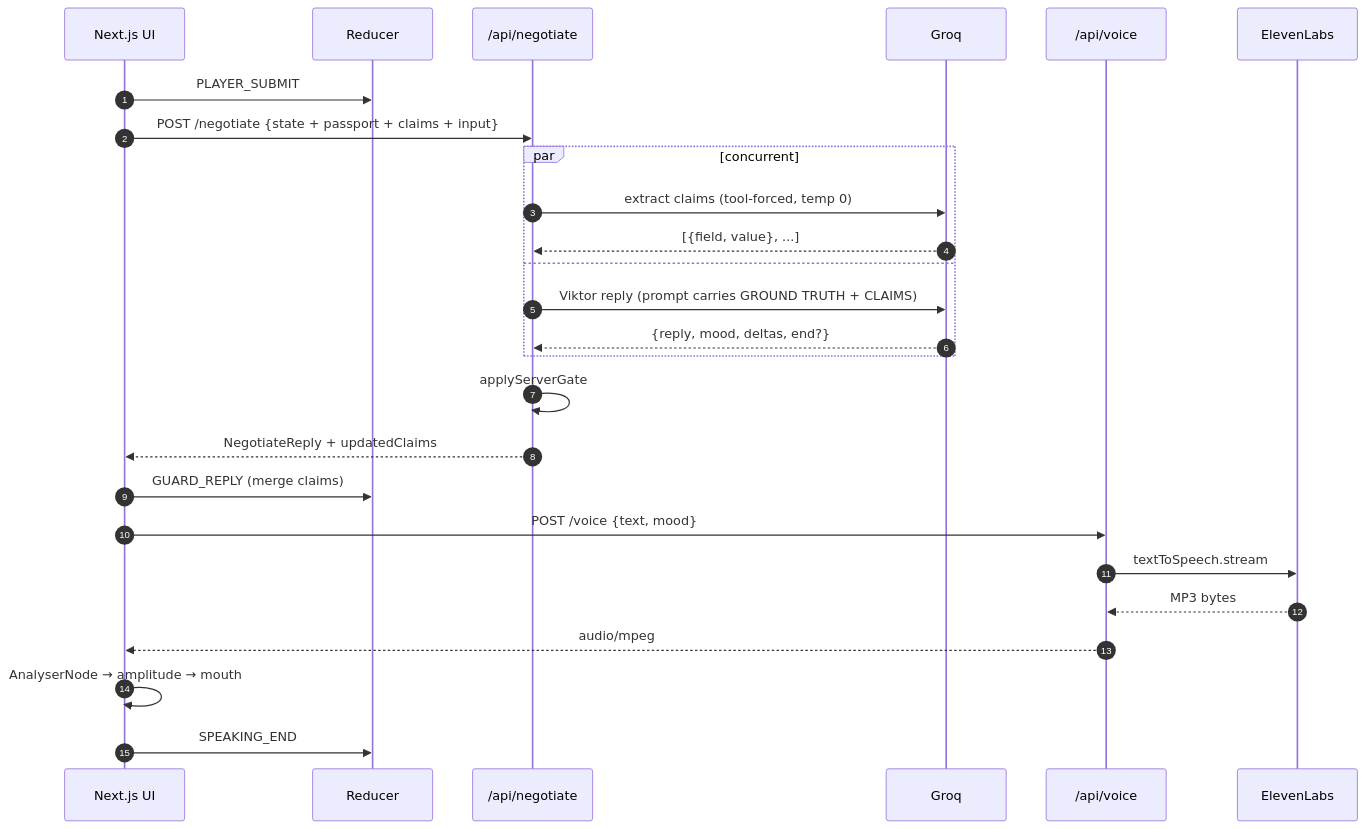
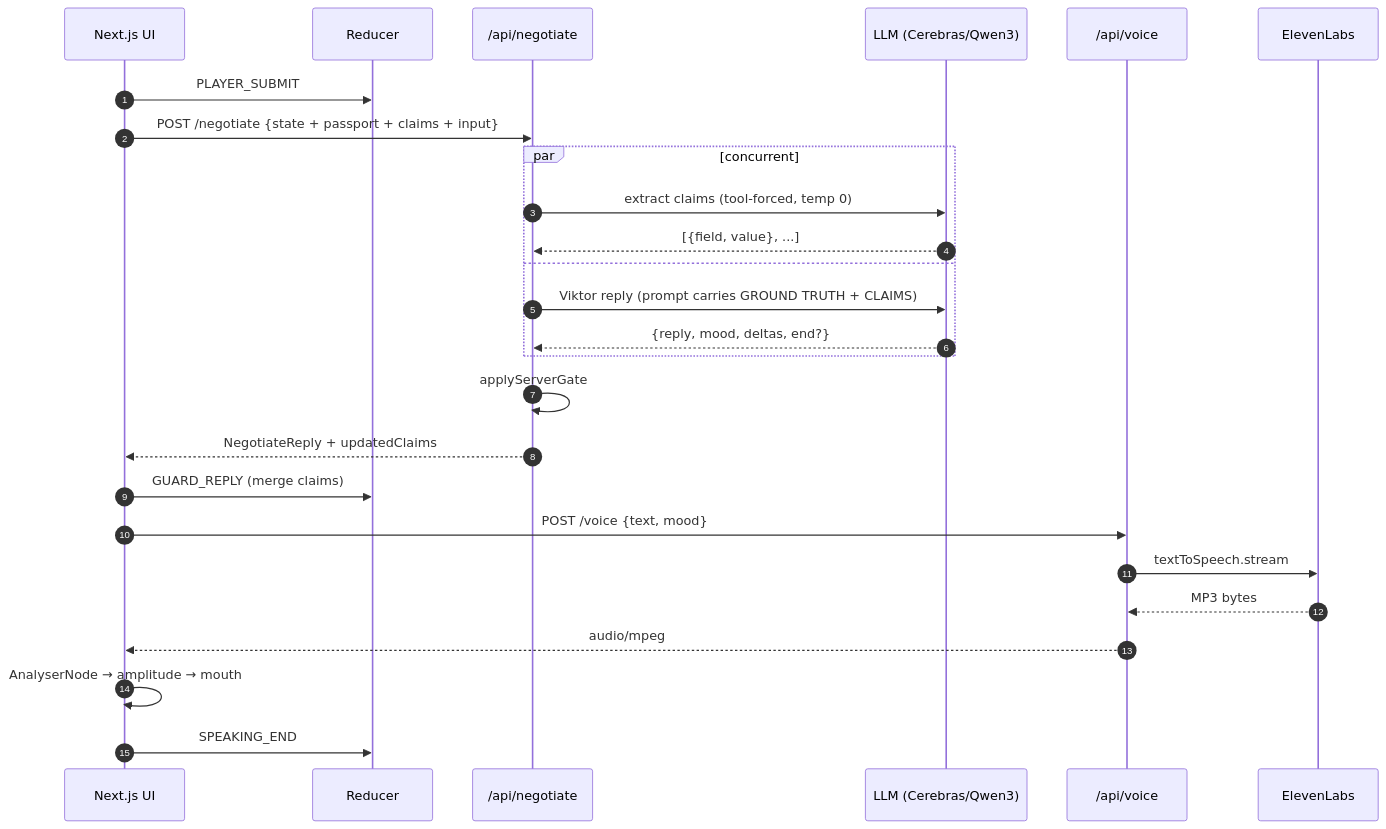
Before and after one commit to AnkanMisra/Negotiator: the first of 2 diagrams in CLAUDE.md, drawn with Mermaid. The commit also changed other lines of this file and 16 other files, not shown here.

````diff
--- a/CLAUDE.md
+++ b/CLAUDE.md
@@ -104,29 +104,29 @@
 ```mermaid
 sequenceDiagram
     autonumber
     participant UI as Next.js UI
     participant R as Reducer
     participant N as /api/negotiate
-    participant G as Groq
+    participant G as LLM (Cerebras/Qwen3)
     participant V as /api/voice
     participant E as ElevenLabs
 
     UI->>R: PLAYER_SUBMIT
     UI->>N: POST /negotiate {state + passport + claims + input}
     par concurrent
         N->>G: extract claims (tool-forced, temp 0)
         G-->>N: [{field, value}, ...]
     and
         N->>G: Viktor reply (prompt carries GROUND TRUTH + CLAIMS)
         G-->>N: {reply, mood, deltas, end?}
     end
     N->>N: applyServerGate
     N-->>UI: NegotiateReply + updatedClaims
     UI->>R: GUARD_REPLY (merge claims)
     UI->>V: POST /voice {text, mood}
     V->>E: textToSpeech.stream
     E-->>V: MP3 bytes
     V-->>UI: audio/mpeg
     UI->>UI: AnalyserNode → amplitude → mouth
     UI->>R: SPEAKING_END
 ```
````
